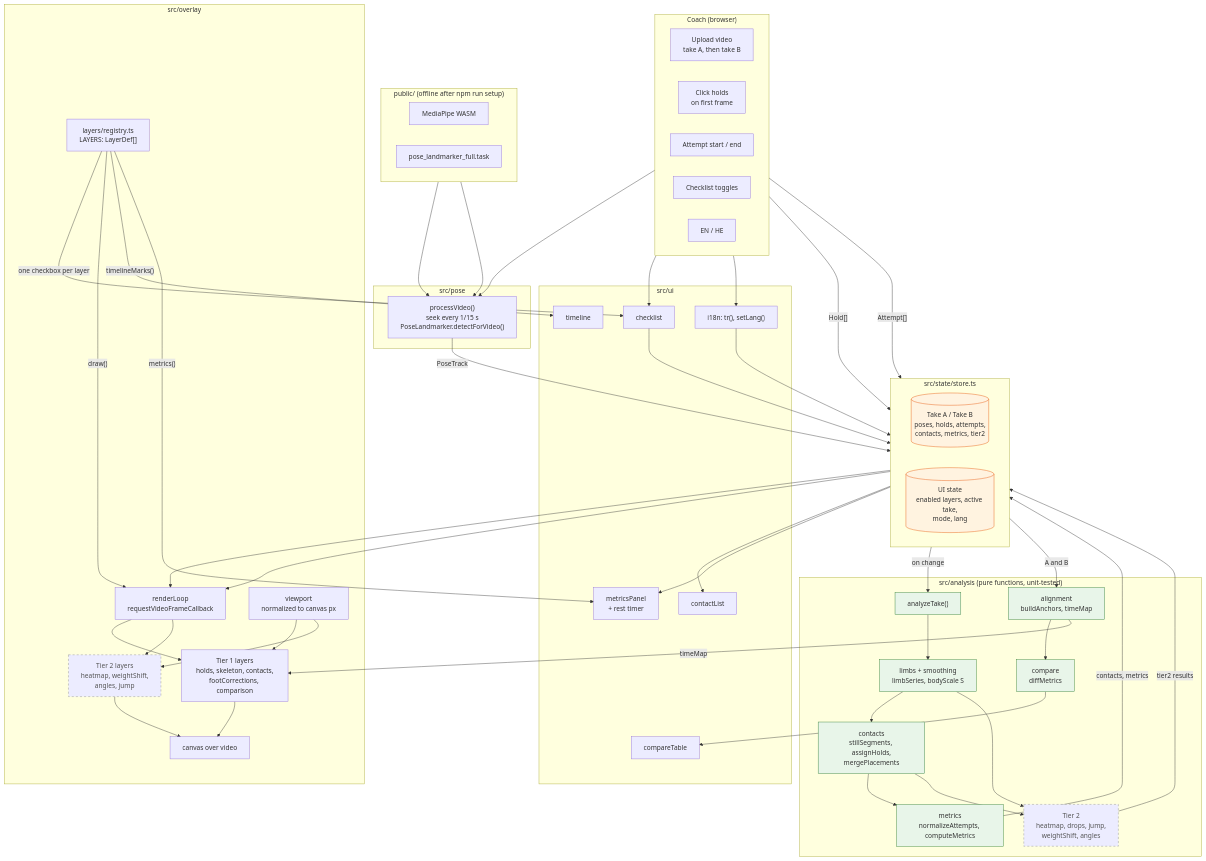
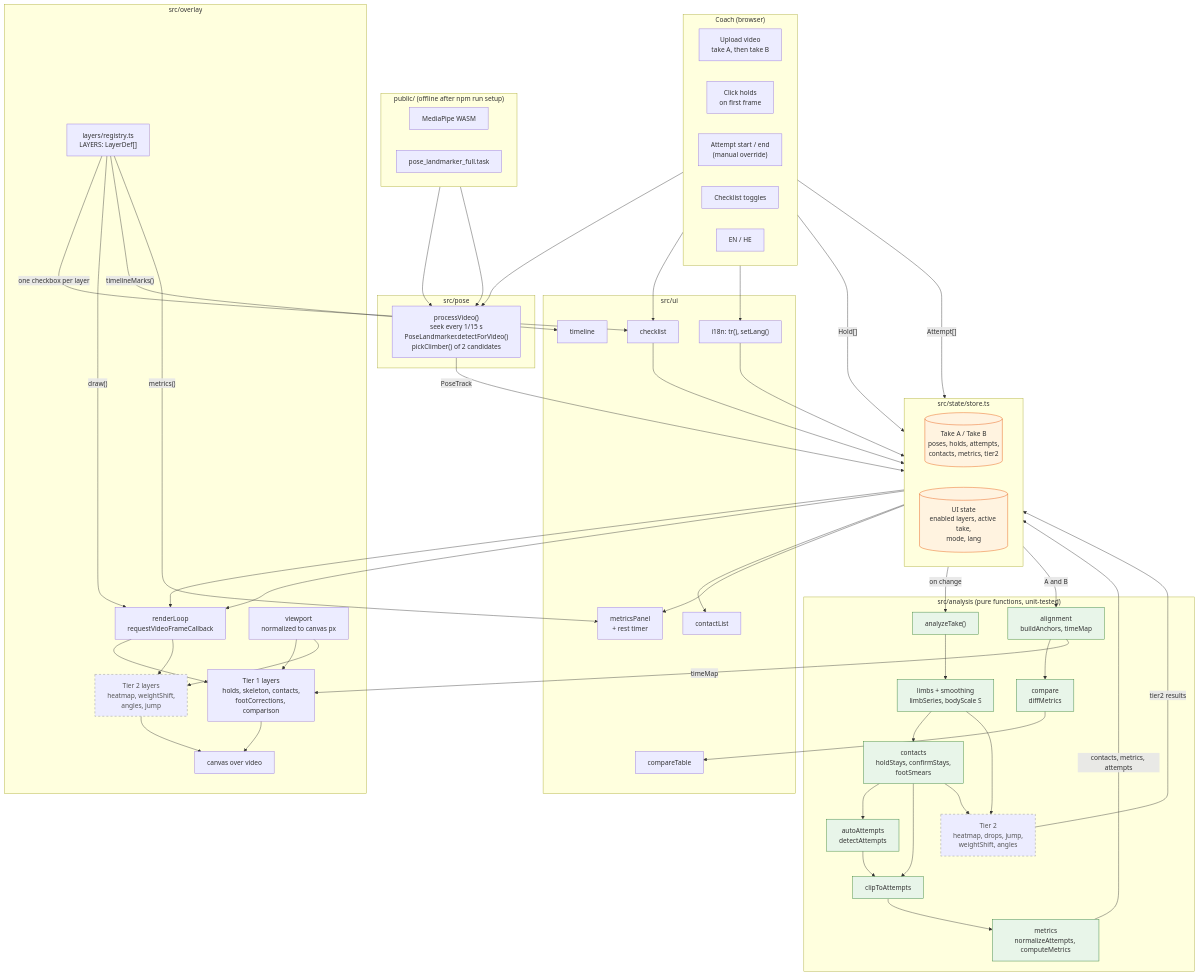
The first of 3 diagrams in docs/architecture-diagram.he.md (talhm95/ClimbingLens), drawn with Mermaid before and after one commit. The commit also changed other lines of this file and 7 other files, not shown here.

Commit message:
architecture changes

````diff
--- a/docs/architecture-diagram.he.md
+++ b/docs/architecture-diagram.he.md
@@ -24,7 +24,7 @@
         direction LR
         U1["Upload video<br/>take A, then take B"]
         U2["Click holds<br/>on first frame"]
-        U3["Attempt start / end"]
+        U3["Attempt start / end<br/>(manual override)"]
         U4["Checklist toggles"]
         U5["EN / HE"]
     end
@@ -36,7 +36,7 @@
     end
 
     subgraph POSE["src/pose"]
-        P1["processVideo()<br/>seek every 1/15 s<br/>PoseLandmarker.detectForVideo()"]
+        P1["processVideo()<br/>seek every 1/15 s<br/>PoseLandmarker.detectForVideo()<br/>pickClimber() of 2 candidates"]
     end
 
     subgraph STATE["src/state/store.ts"]
@@ -48,12 +48,15 @@
     subgraph ANALYSIS["src/analysis (pure functions, unit-tested)"]
         AT["analyzeTake()"]
         LB["limbs + smoothing<br/>limbSeries, bodyScale S"]
-        CT1["contacts<br/>stillSegments, assignHolds,<br/>mergePlacements"]
+        CT1["contacts<br/>holdStays, confirmStays,<br/>footSmears"]
+        AA["autoAttempts<br/>detectAttempts"]
+        CLIP["clipToAttempts"]
         MT["metrics<br/>normalizeAttempts, computeMetrics"]
         T2["Tier 2<br/>heatmap, drops, jump,<br/>weightShift, angles"]
         AL["alignment<br/>buildAnchors, timeMap"]
         CMP["compare<br/>diffMetrics"]
-        AT --> LB --> CT1 --> MT
+        AT --> LB --> CT1 --> AA --> CLIP --> MT
+        CT1 --> CLIP
         LB --> T2
         CT1 --> T2
     end
@@ -88,7 +91,7 @@
     U5 --> I18N --> S2
 
     S1 -- "on change" --> AT
-    MT -- "contacts, metrics" --> S1
+    MT -- "contacts, metrics, attempts" --> S1
     T2 -- "tier2 results" --> S1
 
     S1 -- "A and B" --> AL --> CMP --> CTB
@@ -103,6 +106,6 @@
     S1 --> MP
 
     class S1,S2 store
-    class AT,LB,CT1,MT,AL,CMP pure
+    class AT,LB,CT1,AA,CLIP,MT,AL,CMP pure
     class T2,LT2 tier2
 ```
````
